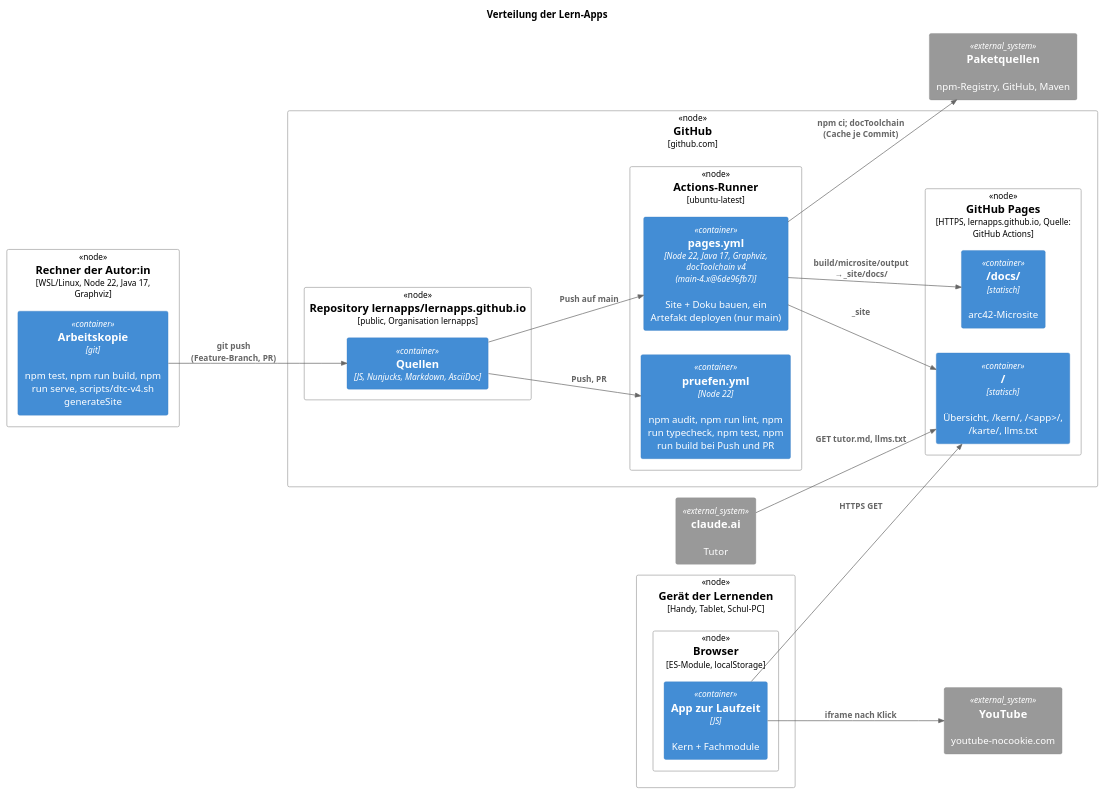
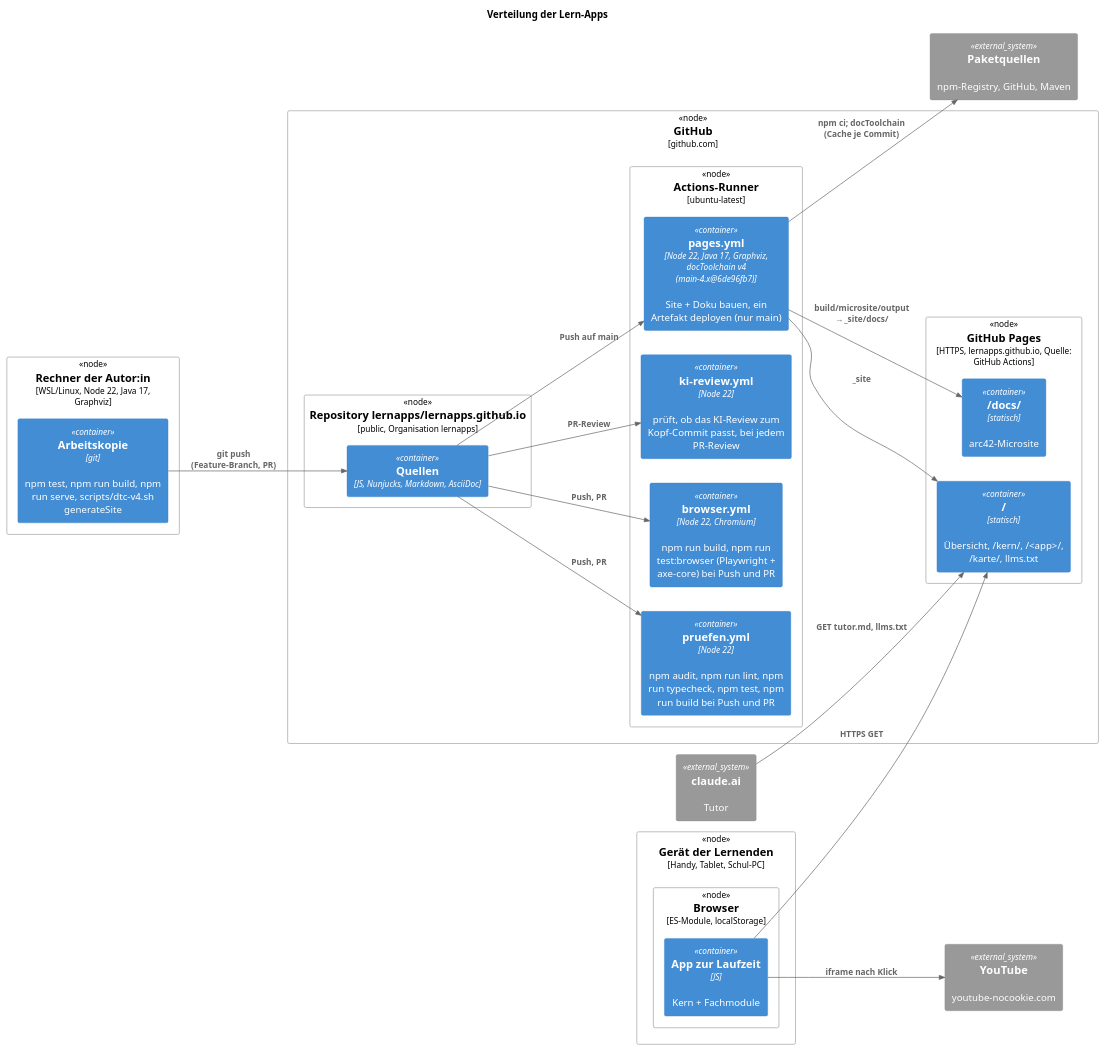
The diagram in src/docs/arc42/chapters/07_deployment_view.adoc (lernapps/lernapps.github.io), drawn with PlantUML before and after one commit. The commit also changed other lines of this file, not shown here.

Commit message:
docs(arc42): Kapitel 7 nennt die Workflows browser.yml und ki-review.yml

```diff
--- a/src/docs/arc42/chapters/07_deployment_view.adoc
+++ b/src/docs/arc42/chapters/07_deployment_view.adoc
@@ -21,43 +21,47 @@
 [plantuml, target=verteilung, format=svg]
 ....
 @startuml
 !include <C4/C4_Deployment>
 LAYOUT_LEFT_RIGHT()
 title Verteilung der Lern-Apps
 
 Deployment_Node(dev, "Rechner der Autor:in", "WSL/Linux, Node 22, Java 17, Graphviz") {
   Container(clone, "Arbeitskopie", "git", "npm test, npm run build, npm run serve, scripts/dtc-v4.sh generateSite")
 }
 Deployment_Node(gh, "GitHub", "github.com") {
   Deployment_Node(repo, "Repository lernapps/lernapps.github.io", "public, Organisation lernapps") {
     Container(src, "Quellen", "JS, Nunjucks, Markdown, AsciiDoc")
   }
   Deployment_Node(runner, "Actions-Runner", "ubuntu-latest") {
     Container(ci, "pruefen.yml", "Node 22", "npm audit, npm run lint, npm run typecheck, npm test, npm run build bei Push und PR")
+    Container(browsertest, "browser.yml", "Node 22, Chromium", "npm run build, npm run test:browser (Playwright + axe-core) bei Push und PR")
+    Container(kireview, "ki-review.yml", "Node 22", "prüft, ob das KI-Review zum Kopf-Commit passt, bei jedem PR-Review")
     Container(deploy, "pages.yml", "Node 22, Java 17, Graphviz, docToolchain v4 (main-4.x@6de96fb7)", "Site + Doku bauen, ein Artefakt deployen (nur main)")
   }
   Deployment_Node(ghpages, "GitHub Pages", "HTTPS, lernapps.github.io, Quelle: GitHub Actions") {
     Container(site, "/", "statisch", "Übersicht, /kern/, /<app>/, /karte/, llms.txt")
     Container(docs, "/docs/", "statisch", "arc42-Microsite")
   }
 }
 Deployment_Node(geraet, "Gerät der Lernenden", "Handy, Tablet, Schul-PC") {
   Deployment_Node(browser, "Browser", "ES-Module, localStorage") {
     Container(laufzeit, "App zur Laufzeit", "JS", "Kern + Fachmodule")
   }
 }
 System_Ext(claude, "claude.ai", "Tutor")
 System_Ext(yt, "YouTube", "youtube-nocookie.com")
 System_Ext(pakete, "Paketquellen", "npm-Registry, GitHub, Maven")
 
 Rel(clone, src, "git push (Feature-Branch, PR)")
 Rel(src, ci, "Push, PR")
+Rel(src, browsertest, "Push, PR")
+Rel(src, kireview, "PR-Review")
 Rel(src, deploy, "Push auf main")
 Rel(deploy, pakete, "npm ci; docToolchain (Cache je Commit)")
 Rel(deploy, site, "_site")
 Rel(deploy, docs, "build/microsite/output → _site/docs/")
 Rel(laufzeit, site, "HTTPS GET")
 Rel(claude, site, "GET tutor.md, llms.txt")
 Rel(laufzeit, yt, "iframe nach Klick")
 @enduml
 ....
```
